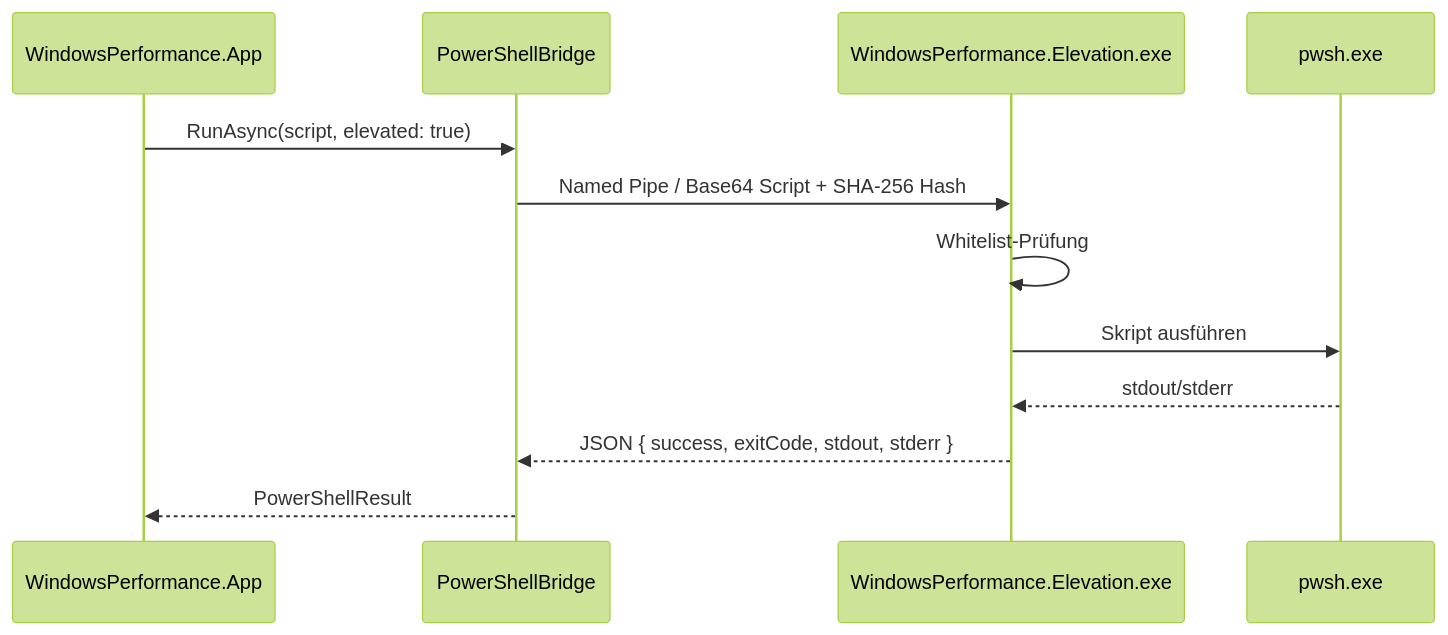
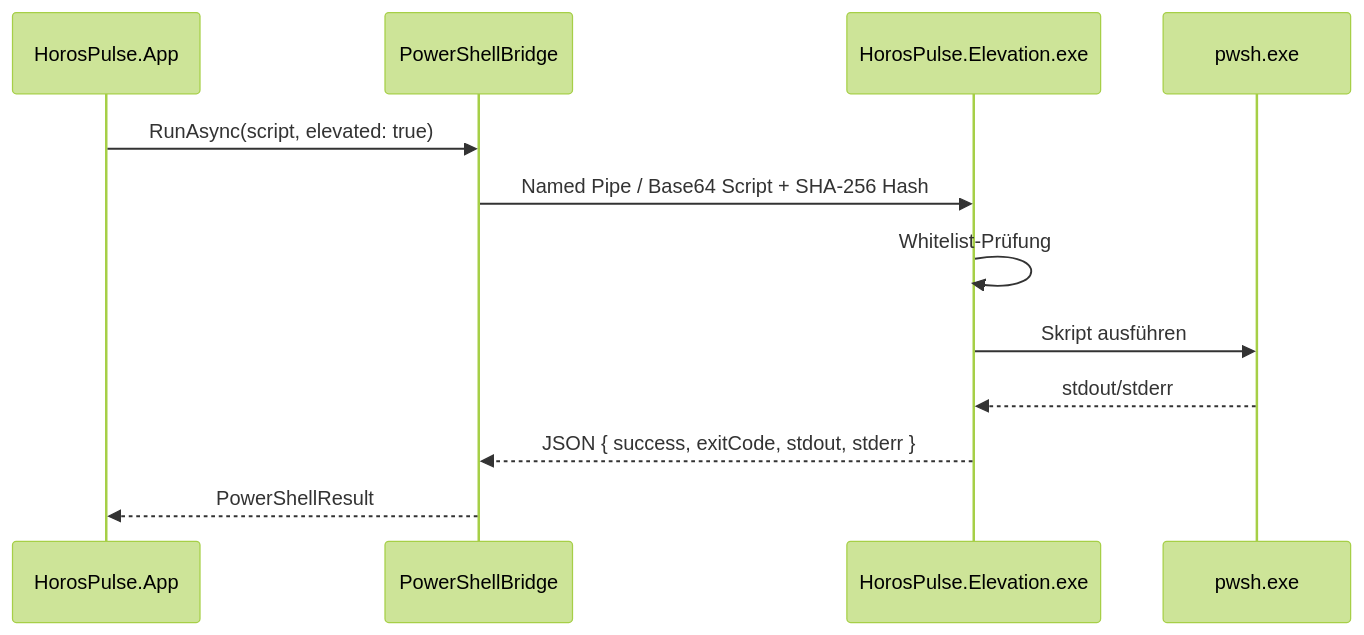
Before and after one commit to HorosCloudOfficial/HorosPulse: the second of 2 diagrams in docs/architecture.md, drawn with Mermaid (forest theme). The commit also changed other lines of this file and 522 other files, not shown here.

First line of the commit message:
Rebrand WindowsPerformance to HorosPulse (HorosCode ecosystem).

````diff
--- a/docs/architecture.md
+++ b/docs/architecture.md
@@ -49,15 +49,15 @@
 ```mermaid
 sequenceDiagram
-    participant App as WindowsPerformance.App
+    participant App as HorosPulse.App
     participant Bridge as PowerShellBridge
-    participant Helper as WindowsPerformance.Elevation.exe
+    participant Helper as HorosPulse.Elevation.exe
     participant PS as pwsh.exe
 
     App->>Bridge: RunAsync(script, elevated: true)
     Bridge->>Helper: Named Pipe / Base64 Script + SHA-256 Hash
     Helper->>Helper: Whitelist-Prüfung
     Helper->>PS: Skript ausführen
     PS-->>Helper: stdout/stderr
     Helper-->>Bridge: JSON { success, exitCode, stdout, stderr }
     Bridge-->>App: PowerShellResult
 ```
````
